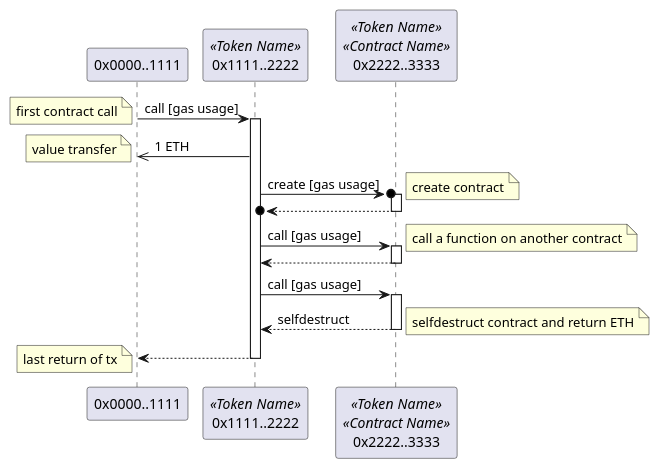
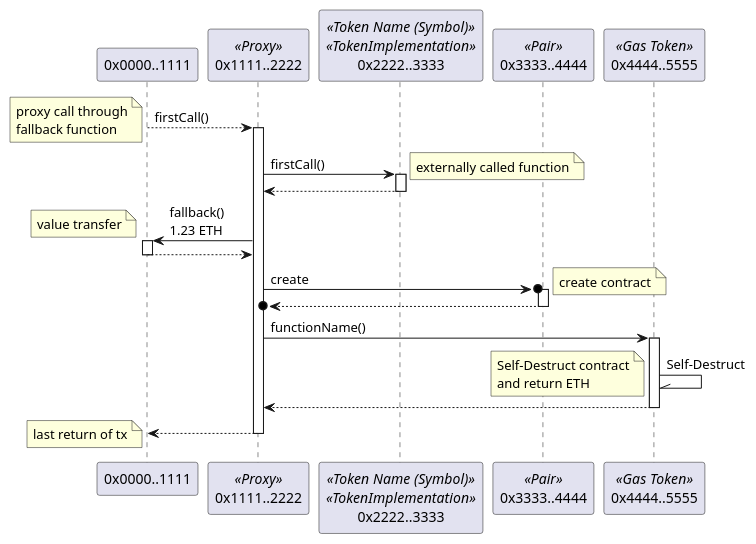
Before and after one commit to naddison36/tx2uml: the diagram in examples/syntax.puml, drawn with PlantUML. The commit also changed 86 other files, not shown here.

Commit message:
Refactor to replace Alethio with archive node with trace_replayTransaction support Formatting of function parameters including ABI v2 support Proxy messages Simplified value transfers and self-destruct Added transaction details

```diff
--- a/examples/syntax.puml
+++ b/examples/syntax.puml
@@ -1,27 +1,32 @@
 @startuml
 
 participant "0x0000..1111" as 00001111
-participant "0x1111..2222" as 11112222 <<Token Name>>
-participant "0x2222..3333" as 22223333 <<Token Name>><<Contract Name>>
+participant "0x1111..2222" as 11112222 <<Proxy>>
+participant "0x2222..3333" as 22223333 <<Token Name (Symbol)>><<TokenImplementation>>
+participant "0x3333..4444" as 33334444 <<Pair>>
+participant "0x4444..5555" as 44445555 <<Gas Token>>
 
-00001111 -> 11112222: call [gas usage]
-note left: first contract call
+00001111 --> 11112222: firstCall()
+note left: proxy call through\nfallback function
 activate 11112222
-11112222 ->> 00001111: 1 ETH
+11112222 -> 22223333: firstCall()
+activate 22223333
+note right: externally called function
+return
+11112222 -> 00001111: fallback()\n1.23 ETH
+activate 00001111
 note left: value transfer
-11112222 ->o 22223333: create [gas usage]
+return
+11112222 ->o 33334444: create
 note right: create contract
-activate 22223333
+activate 33334444
 return
-11112222 -> 22223333: call [gas usage]
-note right: call a function on another contract
-activate 22223333
+11112222 -> 44445555: functionName()
+activate 44445555
+44445555 -\\ 44445555: Self-Destruct
+note left: Self-Destruct contract\nand return ETH
 return
-11112222 -> 22223333: call [gas usage]
-activate 22223333
-return selfdestruct
-note right: selfdestruct contract and return ETH
 return
 note left: last return of tx
 
 @endumls
```
